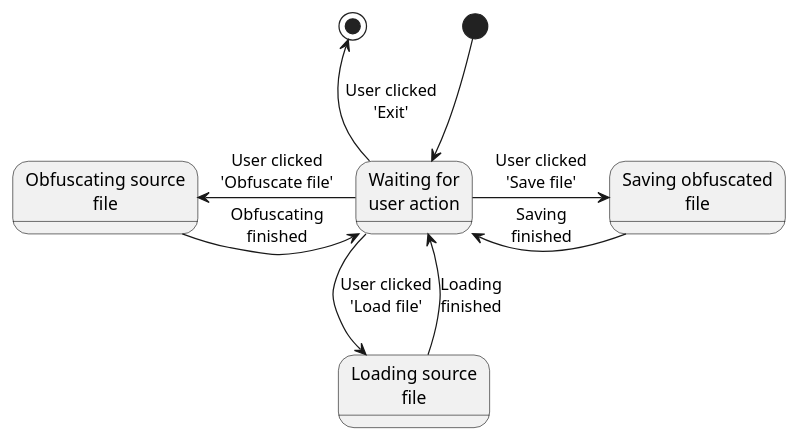
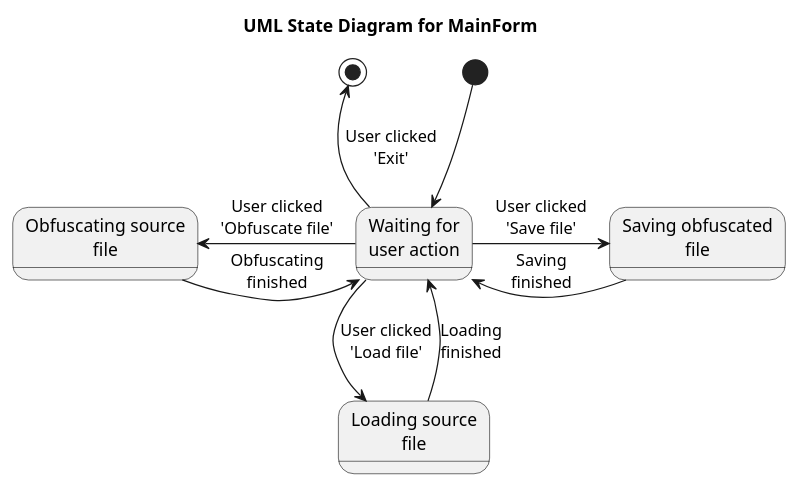
One commit to SMedgaus/JavaScript-Obfuscator changed the diagram in diagrams/State Diagram of MainForm.puml. Above: the diagram before and after it, drawn with PlantUML.

Commit message:
Adds title to state diagram

```diff
--- a/diagrams/State Diagram of MainForm.puml
+++ b/diagrams/State Diagram of MainForm.puml
@@ -1,19 +1,20 @@
 @startuml
+    title UML State Diagram for MainForm
     state "Waiting for\nuser action" as Waiting
     state "Loading source\nfile" as Loading
     state "Saving obfuscated\nfile" as Saving
     state "Obfuscating source\nfile" as Obfuscating
 
     [*] --> Waiting
 
     Waiting -down-> Loading : User clicked\n'Load file'
     Loading -up-> Waiting : Loading\nfinished
 
     Waiting -right-> Saving : User clicked\n'Save file'
     Saving -left-> Waiting : Saving\nfinished
 
     Waiting -left-> Obfuscating : User clicked\n'Obfuscate file'
     Obfuscating -right-> Waiting : Obfuscating\nfinished
     
     Waiting -up-> [*] : User clicked\n'Exit'
 @enduml
```
